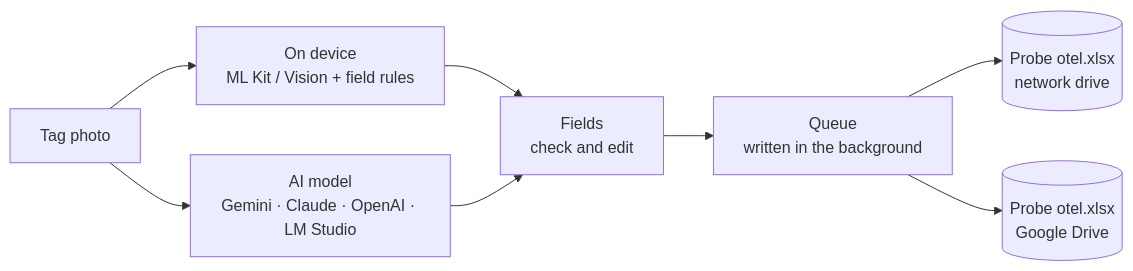
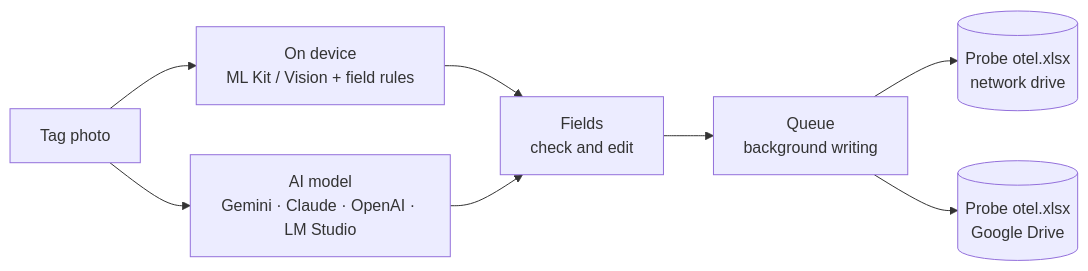
One commit to muhammad-halimov/somascan changed the diagram in README.md. Above: the diagram before and after it, drawn with Mermaid. The commit also changed other lines of this file and 1 other file, not shown here.

````diff
--- a/README.md
+++ b/README.md
@@ -39,10 +39,10 @@
 ```mermaid
 flowchart LR
   photo["Tag photo"] --> device["On device<br/>ML Kit / Vision + field rules"]
   photo --> model["AI model<br/>Gemini · Claude · OpenAI · LM Studio"]
   device --> fields["Fields<br/>check and edit"]
   model --> fields
-  fields --> queue["Queue<br/>written in the background"]
+  fields --> queue["Queue<br/>background writing"]
   queue --> smb[("Probe otel.xlsx<br/>network drive")]
   queue --> drive[("Probe otel.xlsx<br/>Google Drive")]
 ```
````
